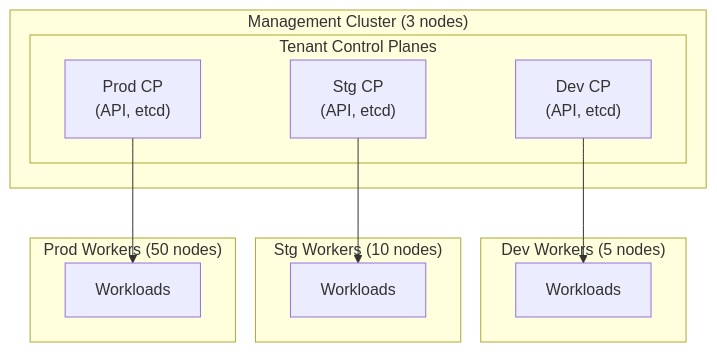
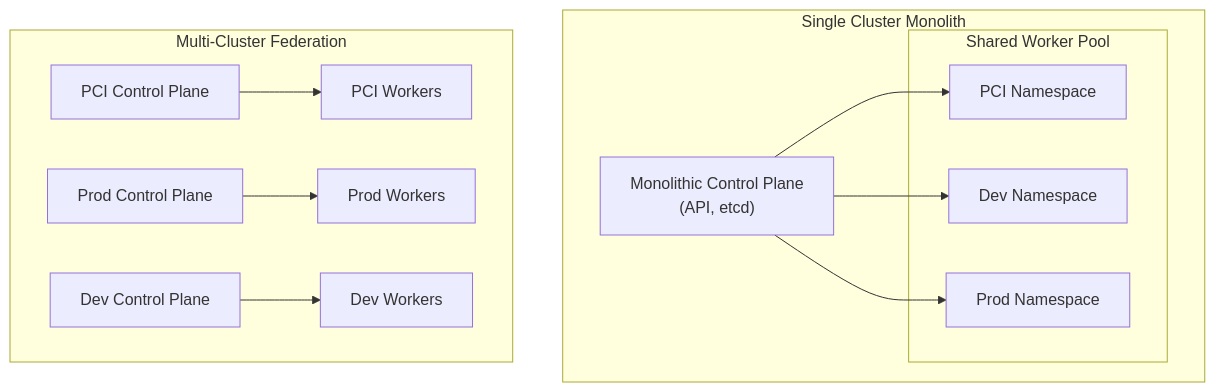
One commit to kube-dojo/kube-dojo changed the diagram in src/content/docs/on-premises/planning/module-1.3-cluster-topology.md. Above: the diagram before and after it, drawn with Mermaid. The commit also changed other lines of this file, not shown here.

Commit message:
feat(content): rewrite on-prem cluster-topology-planning to T0 (rubric 1.5->4+ critical rewrite) — gemini-3.1-pro-preview T0 trial

````diff
--- a/src/content/docs/on-premises/planning/module-1.3-cluster-topology.md
+++ b/src/content/docs/on-premises/planning/module-1.3-cluster-topology.md
@@ -187,22 +54,21 @@
 ```mermaid
 flowchart TD
-    subgraph "Management Cluster (3 nodes)"
-        subgraph "Tenant Control Planes"
-            CP1["Dev CP\n(API, etcd)"]
-            CP2["Stg CP\n(API, etcd)"]
-            CP3["Prod CP\n(API, etcd)"]
+    subgraph "Single Cluster Monolith"
+        CP1["Monolithic Control Plane
+(API, etcd)"]
+        subgraph "Shared Worker Pool"
+            PCI["PCI Namespace"]
+            DEV["Dev Namespace"]
+            PROD["Prod Namespace"]
         end
+        CP1 --> PCI
+        CP1 --> DEV
+        CP1 --> PROD
     end
-    subgraph "Dev Workers (5 nodes)"
-        W1[Workloads]
+    
+    subgraph "Multi-Cluster Federation"
+        CP_PCI["PCI Control Plane"] --> W_PCI["PCI Workers"]
+        CP_PROD["Prod Control Plane"] --> W_PROD["Prod Workers"]
+        CP_DEV["Dev Control Plane"] --> W_DEV["Dev Workers"]
     end
-    subgraph "Stg Workers (10 nodes)"
-        W2[Workloads]
-    end
-    subgraph "Prod Workers (50 nodes)"
-        W3[Workloads]
-    end
-    CP1 --> W1
-    CP2 --> W2
-    CP3 --> W3
 ```
````
